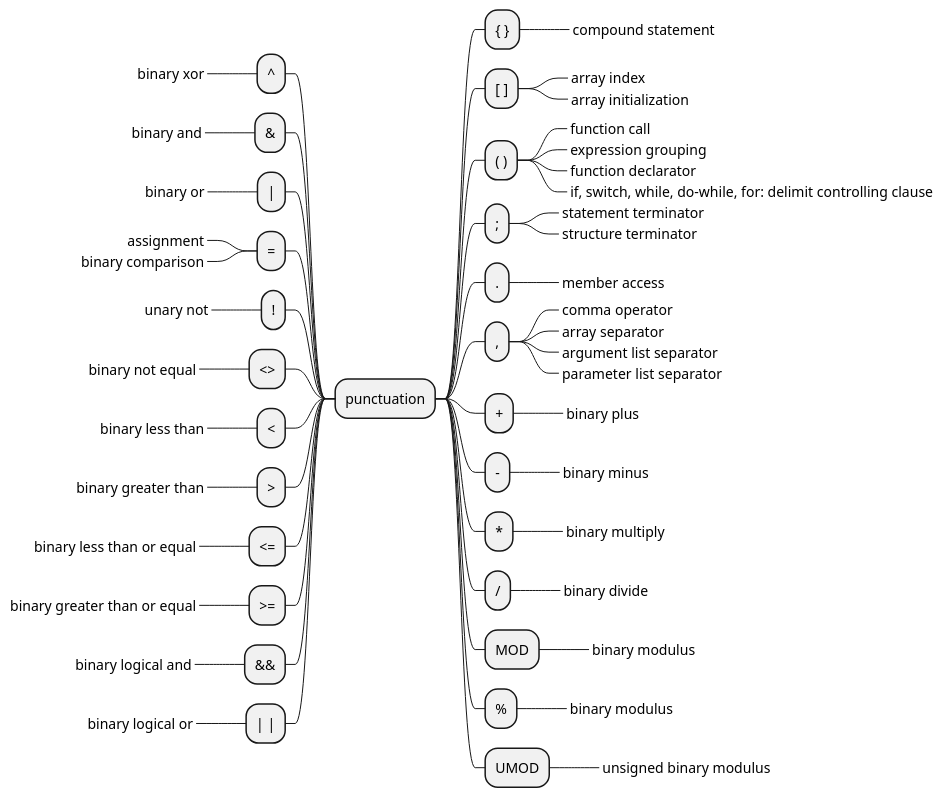
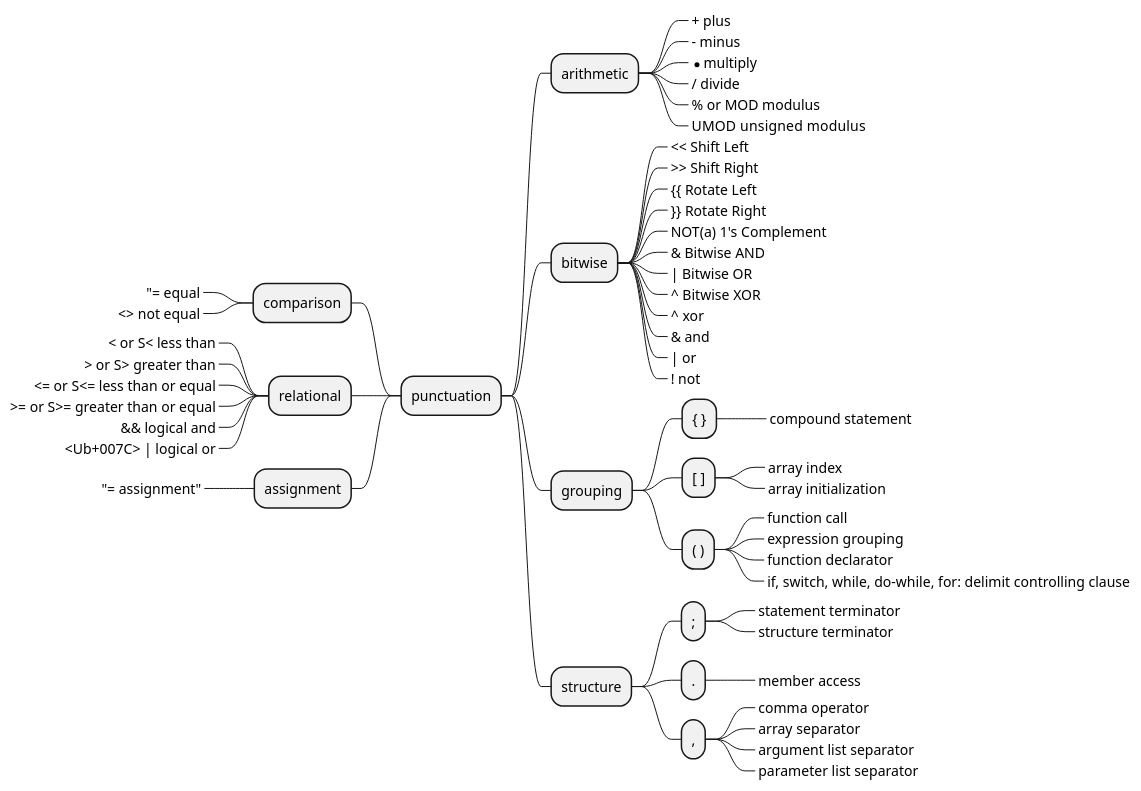
The diagram in csharp-syntax-mindmap/punctuation.puml (alvaroyurrita/vscode-crestron-splus), drawn with PlantUML before and after one commit. The commit also changed 14 other files, not shown here.

```diff
--- a/csharp-syntax-mindmap/punctuation.puml
+++ b/csharp-syntax-mindmap/punctuation.puml
@@ -1,63 +1,62 @@
 @startmindmap
 + punctuation
-++ { }
-+++_ compound statement
-++ [ ]
-+++_ array index
-+++_ array initialization
-++ ( )
-+++_ function call
-+++_ expression grouping
-+++_ function declarator
-+++_ if, switch, while, do-while, for: delimit controlling clause
-++ ;
-+++_ statement terminator
-+++_ structure terminator
-++ .
-+++_ member access
-++ ,
-+++_ comma operator
-+++_ array separator
-+++_ argument list separator
-+++_ parameter list separator 
-++ +
-+++_ binary plus
-++ -
-+++_ binary minus
-++ *
-+++_ binary multiply
-++ /
-+++_ binary divide
-++ MOD
-+++_ binary modulus
-++ %
-+++_ binary modulus
-++ UMOD
-+++_ unsigned binary modulus
--- ^
----_ binary xor
--- &
----_ binary and
--- |
----_ binary or
--- =
----_ assignment
----_ binary comparison
--- !
----_ unary not
--- <>
----_ binary not equal
--- <
----_ binary less than
--- >
----_ binary greater than
--- <=
----_ binary less than or equal
--- >=
----_ binary greater than or equal
--- &&
----_ binary logical and
--- <U+007C> <U+007C>
----_ binary logical or
+++ arithmetic
++++_ + plus
++++_ - minus
++++_ * multiply
++++_ / divide
++++_ % or MOD modulus
++++_ UMOD  unsigned modulus
+-- comparison
+---_ "= equal
+---_ <> not equal
+-- relational
+---_ < or S< less than
+---_ > or S> greater than
+---_ <= or S<= less than or equal
+---_ >= or S>= greater than or equal
+---_ && logical and
+---_ <Ub+007C> <U+007C> logical or
+++ bitwise
++++_ << Shift Left
++++_ >> Shift Right
++++_ {{ Rotate Left
++++_ }} Rotate Right
++++_ NOT(a) 1's Complement
++++_ & Bitwise AND
++++_ | Bitwise OR
++++_ ^ Bitwise XOR
++++_ ^ xor
++++_ & and
++++_ | or
++++_ ! not
+-- assignment
+---_ "= assignment"
+++ grouping
++++ { }
+++++_ compound statement
++++ [ ]
+++++_ array index
+++++_ array initialization
++++ ( )
+++++_ function call
+++++_ expression grouping
+++++_ function declarator
+++++_ if, switch, while, do-while, for: delimit controlling clause
+++ structure
++++ ;
+++++_ statement terminator
+++++_ structure terminator
++++ .
+++++_ member access
++++ ,
+++++_ comma operator
+++++_ array separator
+++++_ argument list separator
+++++_ parameter list separator 
+
+
+
+
 
 @endmindmap
```
